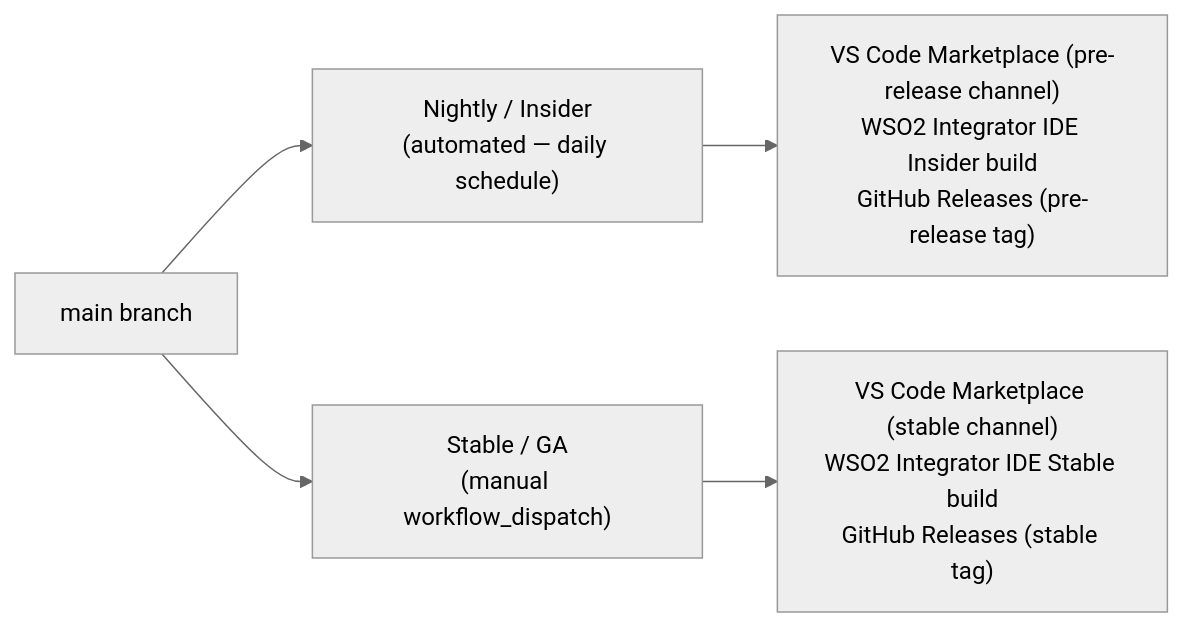
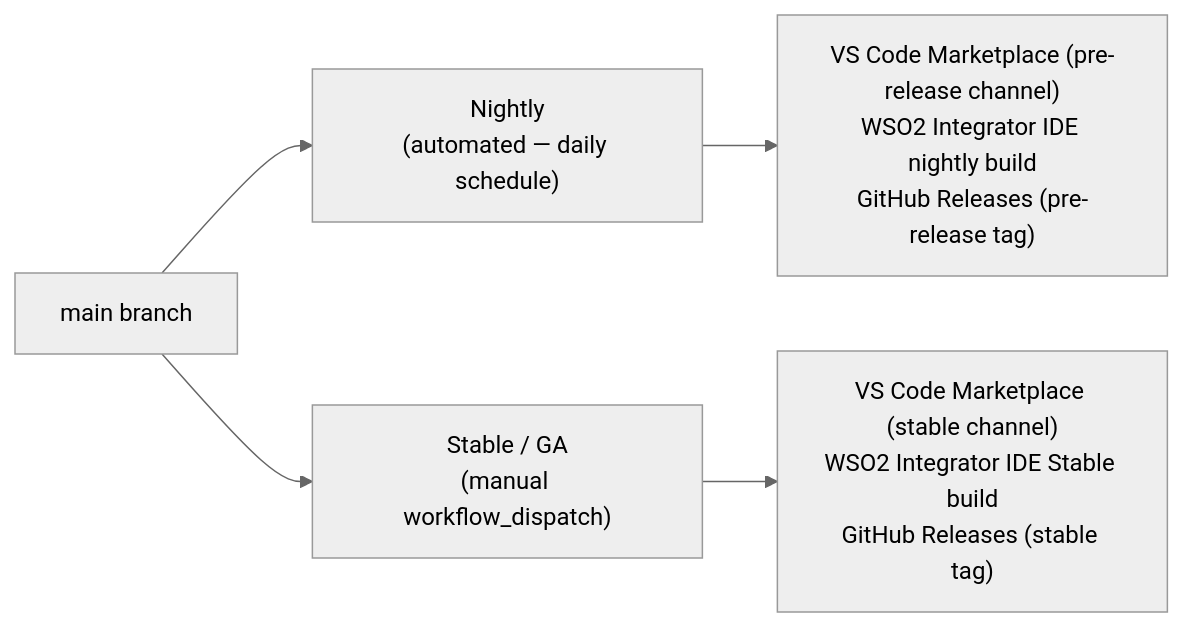
The second of 2 diagrams in docs/04-cicd-pipelines.md (NipunaRanasinghe/wso2i-process-guides), drawn with Mermaid (neutral theme) before and after one commit. The commit also changed other lines of this file and 8 other files, not shown here.

````diff
--- a/docs/04-cicd-pipelines.md
+++ b/docs/04-cicd-pipelines.md
@@ -36,7 +36,7 @@
 ```mermaid
 graph LR
-    M["main branch"] --> N["Nightly / Insider<br>(automated — daily schedule)"]
+    M["main branch"] --> N["Nightly<br>(automated — daily schedule)"]
     M --> S["Stable / GA<br>(manual workflow_dispatch)"]
-    N --> NT["VS Code Marketplace (pre-release channel)<br>WSO2 Integrator IDE Insider build<br>GitHub Releases (pre-release tag)"]
+    N --> NT["VS Code Marketplace (pre-release channel)<br>WSO2 Integrator IDE nightly build<br>GitHub Releases (pre-release tag)"]
     S --> ST["VS Code Marketplace (stable channel)<br>WSO2 Integrator IDE Stable build<br>GitHub Releases (stable tag)"]
 ```
````
